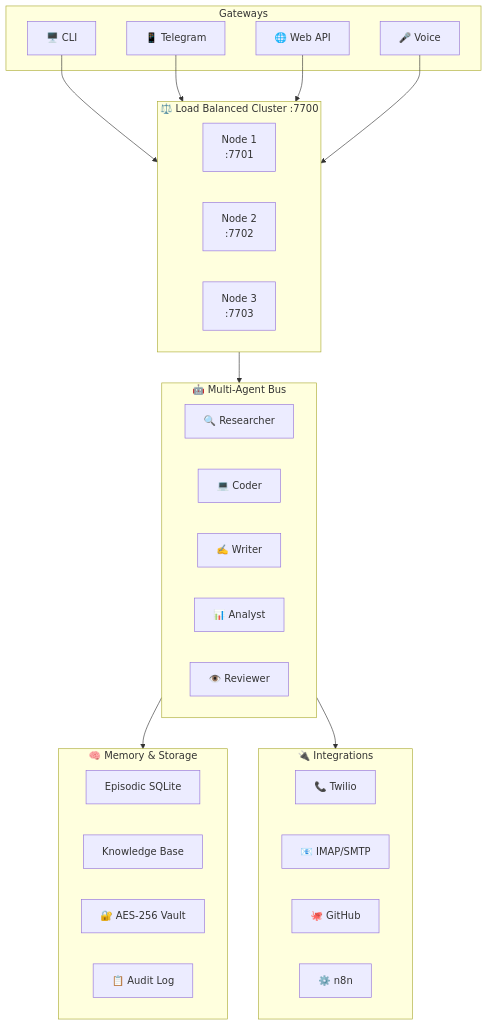
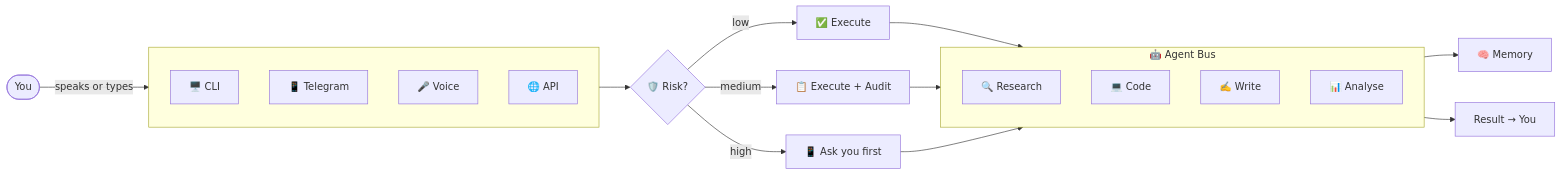
The diagram in README.md (Omkar0612/nexus-ai), drawn with Mermaid before and after one commit. The commit also changed other lines of this file, not shown here.

````diff
--- a/README.md
+++ b/README.md
@@ -78,42 +171,30 @@
 ```mermaid
-graph TB
-    subgraph Gateways
+graph LR
+    YOU([You]) -->|speaks or types| GW
+
+    subgraph GW[" "]
         CLI[🖥️ CLI]
         TG[📱 Telegram]
-        API[🌐 Web API]
         VOICE[🎤 Voice]
+        API[🌐 API]
     end
 
-    subgraph Cluster["⚖️ Load Balanced Cluster :7700"]
-        N1[Node 1\n:7701]
-        N2[Node 2\n:7702]
-        N3[Node 3\n:7703]
+    GW --> HITL
+
+    HITL{🛡️ Risk?}
+    HITL -->|low| AUTO[✅ Execute]
+    HITL -->|medium| AUDIT[📋 Execute + Audit]
+    HITL -->|high| HUMAN[📱 Ask you first]
+
+    AUTO & AUDIT & HUMAN --> BUS
+
+    subgraph BUS["🤖 Agent Bus"]
+        R[🔍 Research]
+        C[💻 Code]
+        W[✍️ Write]
+        A[📊 Analyse]
     end
 
-    subgraph Agents["🤖 Multi-Agent Bus"]
-        RES[🔍 Researcher]
-        COD[💻 Coder]
-        WRI[✍️ Writer]
-        ANA[📊 Analyst]
-        REV[👁️ Reviewer]
-    end
-
-    subgraph Memory["🧠 Memory & Storage"]
-        EPI[Episodic SQLite]
-        KB[Knowledge Base]
-        VAULT[🔐 AES-256 Vault]
-        AUDIT[📋 Audit Log]
-    end
-
-    subgraph Integrations["🔌 Integrations"]
-        TWILIO[📞 Twilio]
-        EMAIL[📧 IMAP/SMTP]
-        GH[🐙 GitHub]
-        N8N[⚙️ n8n]
-    end
-
-    CLI & TG & API & VOICE --> Cluster
-    Cluster --> Agents
-    Agents --> Memory
-    Agents --> Integrations
+    BUS --> MEM[🧠 Memory]
+    BUS --> OUT[Result → You]
 ```
````
